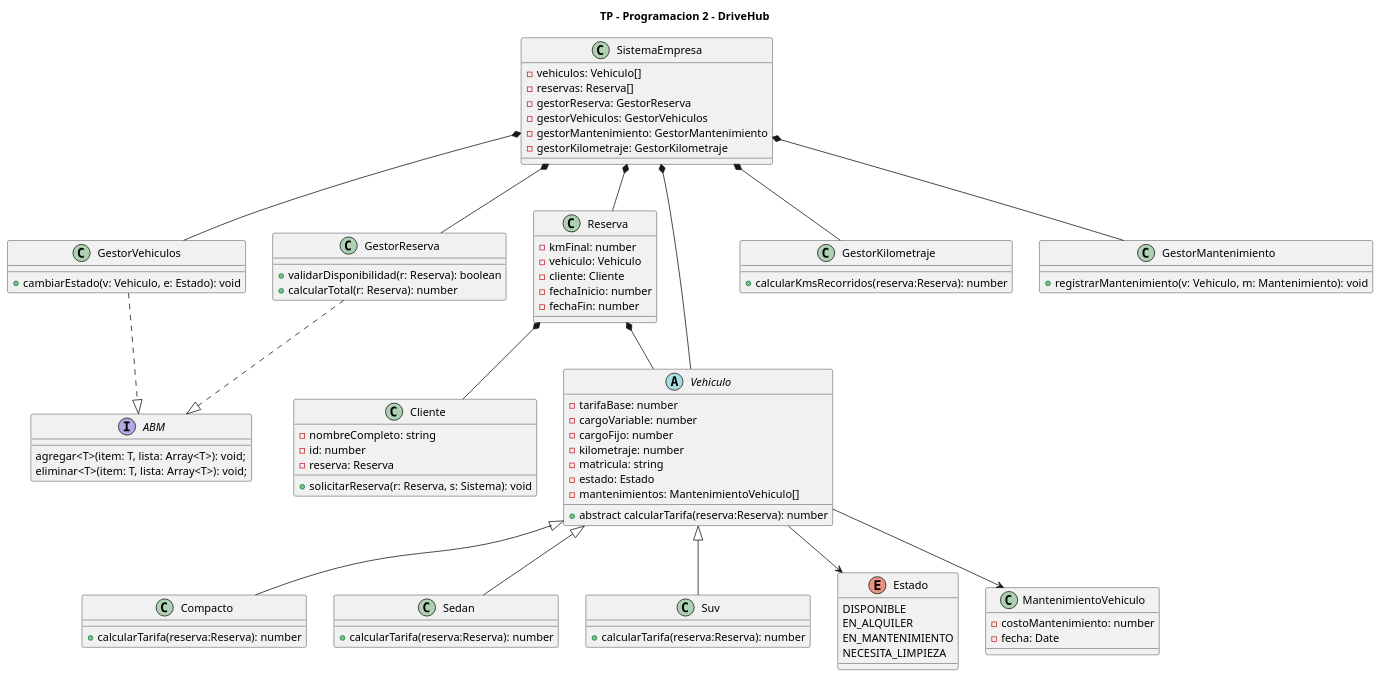
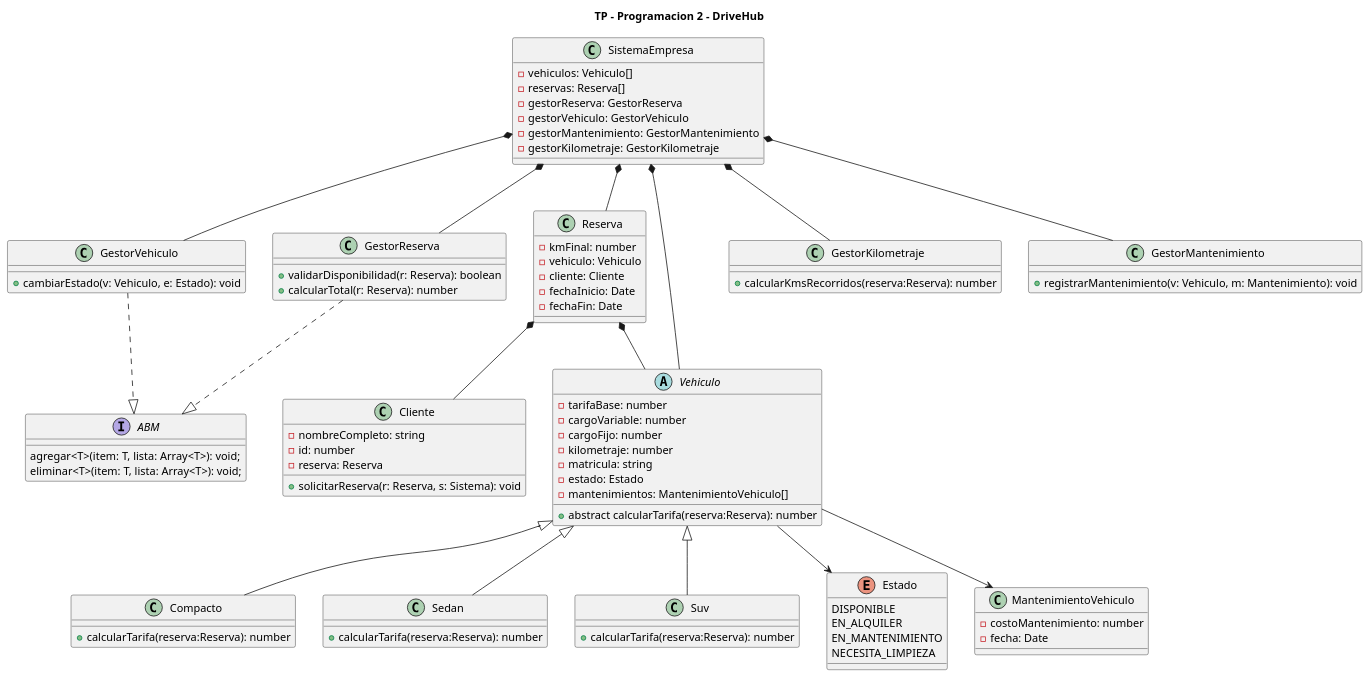
Before and after one commit to LauEroles/TP-Progra2-DriveHub: the diagram in Diagramas/diagramaClases-DriveHub.puml, drawn with PlantUML. The commit also changed 2 other files, not shown here.

Commit message:
detalles diagrama, fecha tipo Date

```diff
--- a/Diagramas/diagramaClases-DriveHub.puml
+++ b/Diagramas/diagramaClases-DriveHub.puml
@@ -1,143 +1,141 @@
 @startuml DriveHub
 
 title TP - Programacion 2 - DriveHub
 
 
 class SistemaEmpresa {
     - vehiculos: Vehiculo[]
     - reservas: Reserva[]
     - gestorReserva: GestorReserva
-    - gestorVehiculos: GestorVehiculos
+    - gestorVehiculo: GestorVehiculo
     - gestorMantenimiento: GestorMantenimiento
     - gestorKilometraje: GestorKilometraje
 }
 
 class Reserva {
     - kmFinal: number
     - vehiculo: Vehiculo
     - cliente: Cliente
-    - fechaInicio: number
-    - fechaFin: number
+    - fechaInicio: Date
+    - fechaFin: Date
 }
 
 class Cliente {
     - nombreCompleto: string
     - id: number
     'El cliente puede instanciarse sin reserva por parametro, 
     'podemos setearla luego cuando se le asigna la reserva
     - reserva: Reserva
     + solicitarReserva(r: Reserva, s: Sistema): void  
-
 }
 
 'Herencia Vehiculo a sus clases hijas
 abstract class Vehiculo {
     - tarifaBase: number
     'Podria haber una clase cargo que nos permita manejar de manera
     'abstracta los cargos y luego en vehiculo tener una lista de cargos
     'que pueden ser variables o fijos y el dia de mañana 
     'para flexibilizar mas la solucion si se agregan nuevos vehiculos??
     - cargoVariable: number
     - cargoFijo: number
     - kilometraje: number
     - matricula: string
     - estado: Estado
     - mantenimientos: MantenimientoVehiculo[]
     + abstract calcularTarifa(reserva:Reserva): number
 }
 
 class Compacto {
     + calcularTarifa(reserva:Reserva): number
 }
 
 class Sedan {
     + calcularTarifa(reserva:Reserva): number
 }
 
 class Suv {
     + calcularTarifa(reserva:Reserva): number
 }
 
 'Atributo de vehiculo
 enum Estado {
     DISPONIBLE
     EN_ALQUILER
     EN_MANTENIMIENTO
     NECESITA_LIMPIEZA
 }
 
 'Atributo del vehiculo
 class MantenimientoVehiculo {
     - costoMantenimiento: number
-    'usar libreria moment (refactor)
     - fecha: Date
 }
 
 
-class GestorVehiculos {
+class GestorVehiculo {
     + cambiarEstado(v: Vehiculo, e: Estado): void  
     ' Le cambia el Estado (enum) a un vehiculo (a traves de su setter)
 }
 
 
 class GestorReserva {
     + validarDisponibilidad(r: Reserva): boolean  
     ' Valida la disponibilidad del vehículo para las fechas solicitadas
     + calcularTotal(r: Reserva): number  
     ' Podriamos calcular el total usando calcularCostoVariable() del vehiculo y sumar la tarifa base 
     ' (y costo fijo) aca, para que el vehiculo solo calcule su costo variable y no el total de la reserva
 }
 
 
 class GestorKilometraje {
     + calcularKmsRecorridos(reserva:Reserva): number  
     ' Calcula los kms recorridos en una reserva (kmFinal - kmInicial)
     ' Esto lo sacaría tal vez y haría que Reserva tenga un método kmsRecorridos() que los calcule
     ' ya que ella misma posee kmInicial y kmFinal (seteado despues), y que calcularTotal() en GestionReserva llame a ese método
 }
 
 
 class GestorMantenimiento {
     + registrarMantenimiento(v: Vehiculo, m: Mantenimiento): void  
     ' Si mas adelante nos solicita podemos ver si el auto requiere o no mantenimiento
     ' Le agrega un mantenimiento a un vehiculo
     ' Vehiculo podría tener un array de mantenimentos (tipo Mantenimiento) para tener registrados todos los que se le hacen
     ' Objeto mantenimento tiene fecha y costo (simil estructura de datos)
 }
 
 interface ABM {
     agregar<T>(item: T, lista: Array<T>): void;
     eliminar<T>(item: T, lista: Array<T>): void;
 }
 
 
 
 'Relaciones:
 
 'Herencia
-Vehiculo<|--Sedan
-Vehiculo<|--Suv
-Vehiculo<|--Compacto
+Vehiculo <|-- Sedan
+Vehiculo <|-- Suv
+Vehiculo <|-- Compacto
 
 'Atributos de vehiculo
 Vehiculo --> MantenimientoVehiculo
 Vehiculo --> Estado
 
 'Composición
 Reserva *-- Cliente
 Reserva *-- Vehiculo
 SistemaEmpresa *-- Vehiculo
 SistemaEmpresa *-- Reserva
 
 SistemaEmpresa *-- GestorReserva
 SistemaEmpresa *-- GestorKilometraje
 SistemaEmpresa *-- GestorMantenimiento
-SistemaEmpresa *-- GestorVehiculos
+SistemaEmpresa *-- GestorVehiculo
 
 
 'Implementacion interfaces:
 ABM <|.u. GestorReserva
-ABM <|.u. GestorVehiculos
+ABM <|.u. GestorVehiculo
 
 
 @enduml
```
